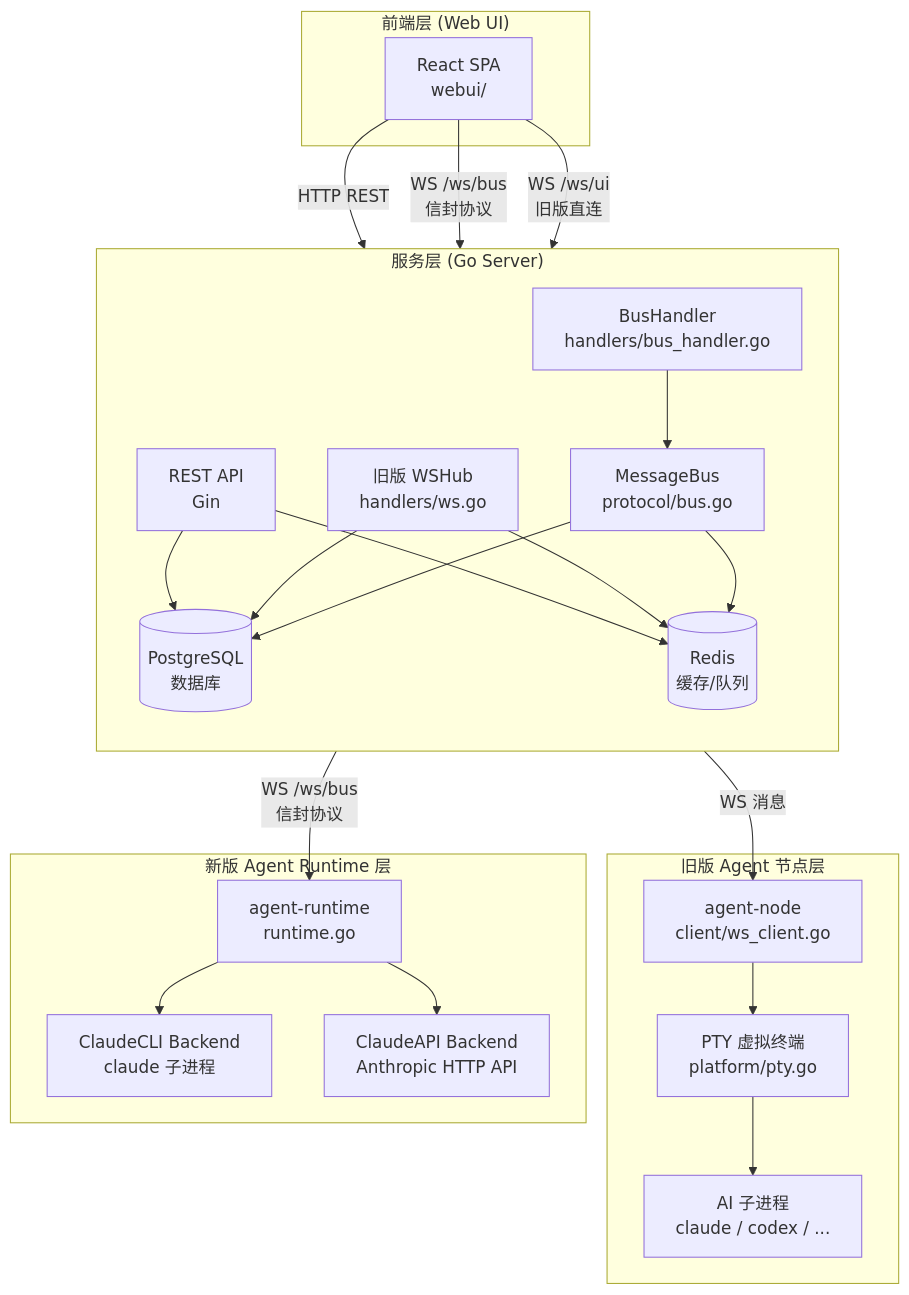
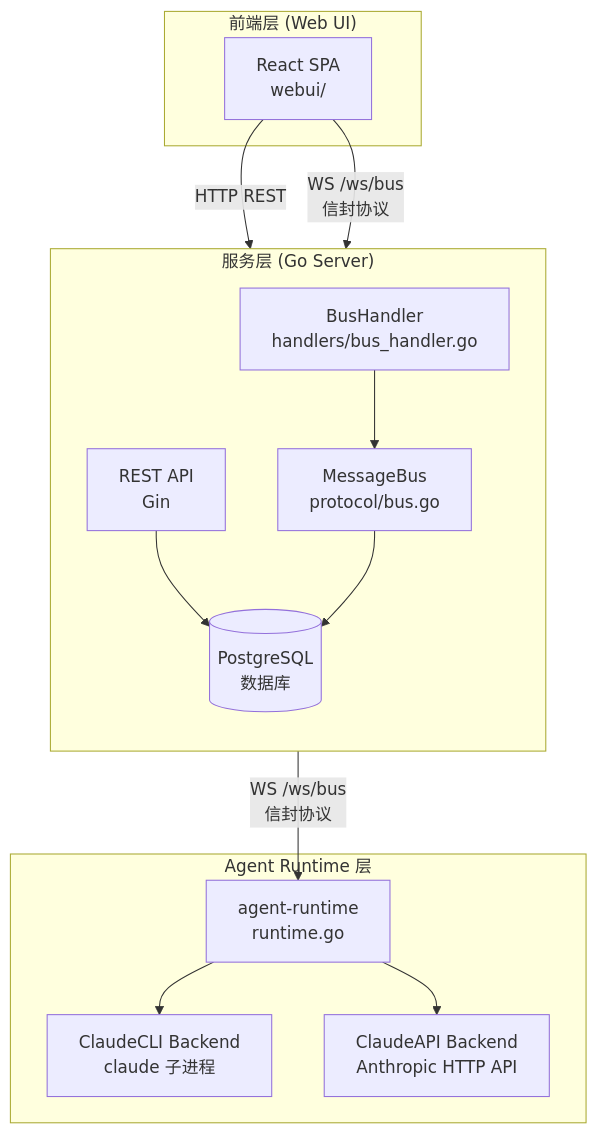
The first of 9 diagrams in 技术文档/SuperCo 技术架构全景.md (madage/coaether), drawn with Mermaid before and after one commit. The commit also changed other lines of this file and 32 other files, not shown here.

First line of the commit message:
refactor: remove old agent-node system and Redis dependency, update docs

````diff
--- a/技术文档/SuperCo 技术架构全景.md
+++ b/技术文档/SuperCo 技术架构全景.md
@@ -21,44 +21,31 @@
 ```mermaid
 graph TB
     subgraph 前端层["前端层 (Web UI)"]
         UI["React SPA<br/>webui/"]
     end
 
     subgraph 服务层["服务层 (Go Server)"]
         direction TB
         REST["REST API<br/>Gin"]
-        WSHub["旧版 WSHub<br/>handlers/ws.go"]
         MB["MessageBus<br/>protocol/bus.go"]
         BH["BusHandler<br/>handlers/bus_handler.go"]
         PG[("PostgreSQL<br/>数据库")]
-        RD[("Redis<br/>缓存/队列")]
     end
 
-    subgraph 旧版节点["旧版 Agent 节点层"]
-        AN["agent-node<br/>client/ws_client.go"]
-        PTY["PTY 虚拟终端<br/>platform/pty.go"]
-        AP["AI 子进程<br/>claude / codex / ..."]
-    end
-
-    subgraph 新版运行时["新版 Agent Runtime 层"]
+    subgraph 运行时层["Agent Runtime 层"]
         AR["agent-runtime<br/>runtime.go"]
         BE1["ClaudeCLI Backend<br/>claude 子进程"]
         BE2["ClaudeAPI Backend<br/>Anthropic HTTP API"]
     end
 
     UI -->|"HTTP REST"| REST
     UI -->|"WS /ws/bus<br/>信封协议"| BH
-    UI -->|"WS /ws/ui<br/>旧版直连"| WSHub
 
     BH --> MB
-
-    WSHub -->|"WS 消息"| AN
-    AN --> PTY --> AP
 
     MB -->|"WS /ws/bus<br/>信封协议"| AR
     AR --> BE1 & BE2
 
-    REST --> PG & RD
-    WSHub --> PG & RD
-    MB --> PG & RD
+    REST --> PG
+    MB --> PG
 ```
````
